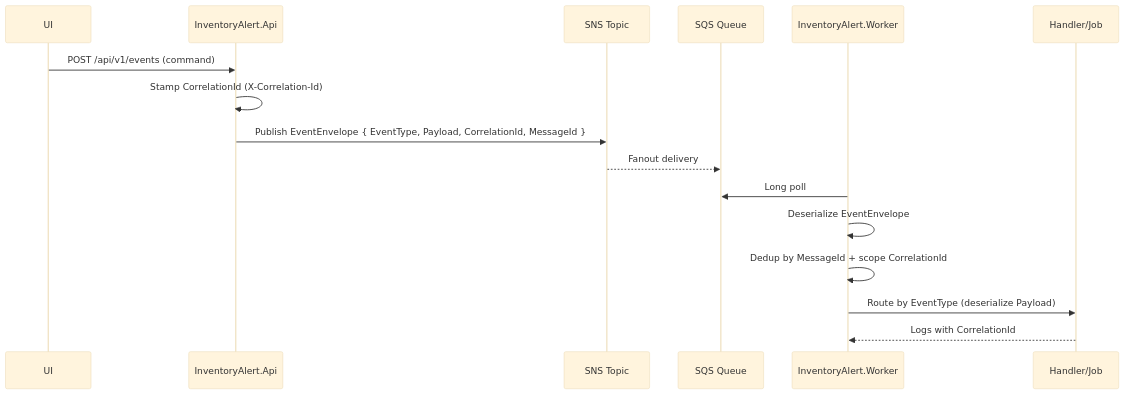
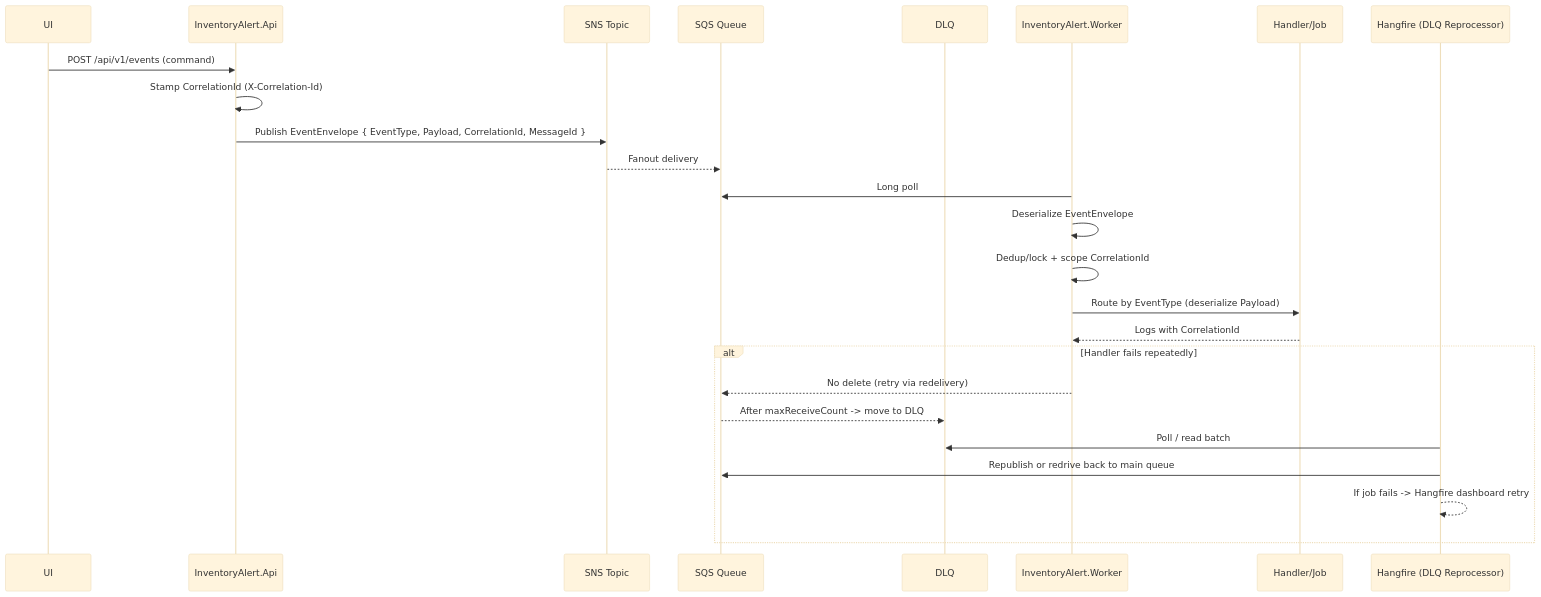
The diagram in doc/worker_jobs_and_event_flow_review.md (nhonvo/InvestManagementSystem), drawn with Mermaid (base theme) before and after one commit. The commit also changed other lines of this file and 15 other files, not shown here.

````diff
--- a/doc/worker_jobs_and_event_flow_review.md
+++ b/doc/worker_jobs_and_event_flow_review.md
@@ -233,19 +265,29 @@
 ```mermaid
 sequenceDiagram
     participant UI as UI
     participant API as InventoryAlert.Api
     participant SNS as SNS Topic
     participant SQS as SQS Queue
+    participant DLQ as DLQ
     participant W as InventoryAlert.Worker
     participant H as Handler/Job
+    participant HF as Hangfire (DLQ Reprocessor)
 
     UI->>API: POST /api/v1/events (command)
     API->>API: Stamp CorrelationId (X-Correlation-Id)
     API->>SNS: Publish EventEnvelope { EventType, Payload, CorrelationId, MessageId }
     SNS-->>SQS: Fanout delivery
     W->>SQS: Long poll
     W->>W: Deserialize EventEnvelope
-    W->>W: Dedup by MessageId + scope CorrelationId
+    W->>W: Dedup/lock + scope CorrelationId
     W->>H: Route by EventType (deserialize Payload)
     H-->>W: Logs with CorrelationId
+
+    alt Handler fails repeatedly
+        W-->>SQS: No delete (retry via redelivery)
+        SQS-->>DLQ: After maxReceiveCount -> move to DLQ
+        HF->>DLQ: Poll / read batch
+        HF->>SQS: Republish or redrive back to main queue
+        HF-->>HF: If job fails -> Hangfire dashboard retry
+    end
 ```
````
